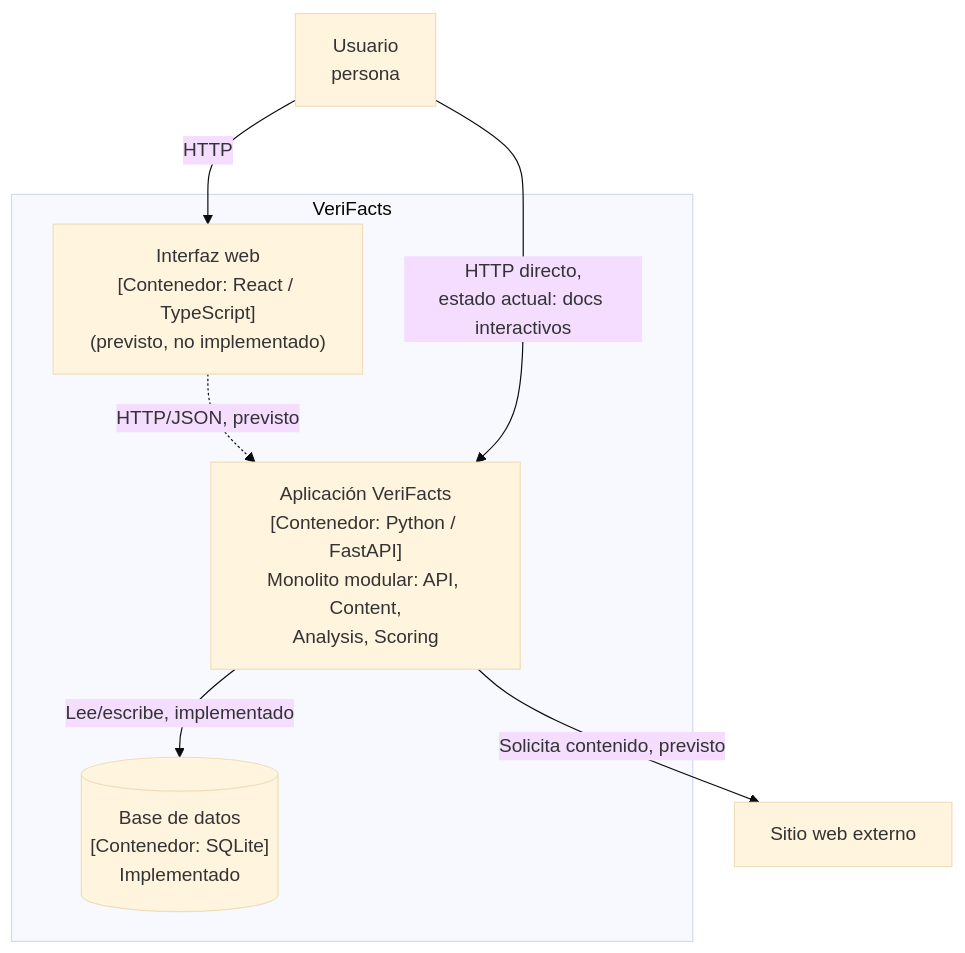
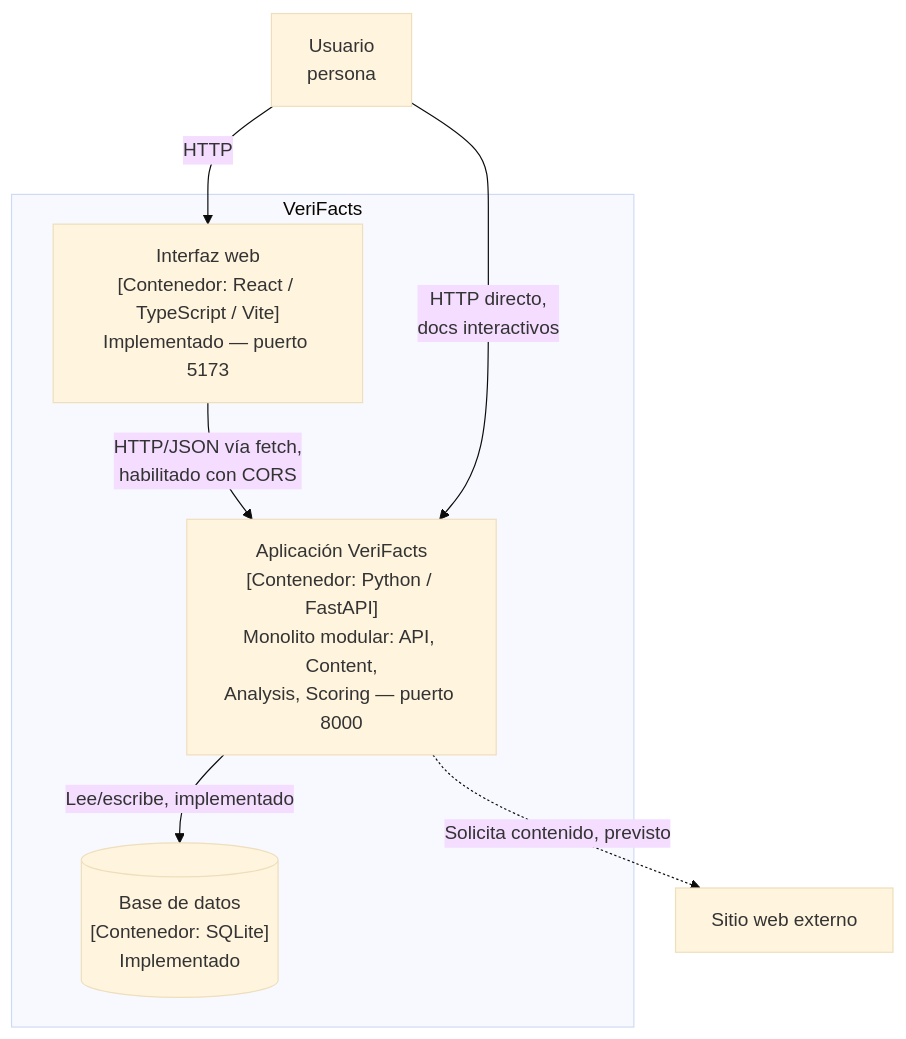
The diagram in docs/c4/02-contenedores.md (ISCOUTB/AS_202620_Verifacts), drawn with Mermaid (base theme) before and after one commit. The commit also changed other lines of this file and 31 other files, not shown here.

````diff
--- a/docs/c4/02-contenedores.md
+++ b/docs/c4/02-contenedores.md
@@ -22,18 +21,18 @@
 ```mermaid
 flowchart TB
     U[Usuario<br/>persona]
 
     subgraph VF[VeriFacts]
-        API["Aplicación VeriFacts<br/>[Contenedor: Python / FastAPI]<br/>Monolito modular: API, Content,<br/>Analysis, Scoring"]
+        FE["Interfaz web<br/>[Contenedor: React / TypeScript / Vite]<br/>Implementado — puerto 5173"]
+        API["Aplicación VeriFacts<br/>[Contenedor: Python / FastAPI]<br/>Monolito modular: API, Content,<br/>Analysis, Scoring — puerto 8000"]
         DB[("Base de datos<br/>[Contenedor: SQLite]<br/>Implementado")]
-        FE["Interfaz web<br/>[Contenedor: React / TypeScript]<br/>(previsto, no implementado)"]
     end
 
     W[Sitio web externo]
 
     U -->|HTTP| FE
-    FE -.->|HTTP/JSON, previsto| API
-    U -->|HTTP directo,<br/>estado actual: docs interactivos| API
+    FE -->|HTTP/JSON vía fetch,<br/>habilitado con CORS| API
+    U -->|HTTP directo,<br/>docs interactivos| API
     API -->|Lee/escribe, implementado| DB
-    API -->|Solicita contenido, previsto| W
+    API -.->|Solicita contenido, previsto| W
 ```
````
